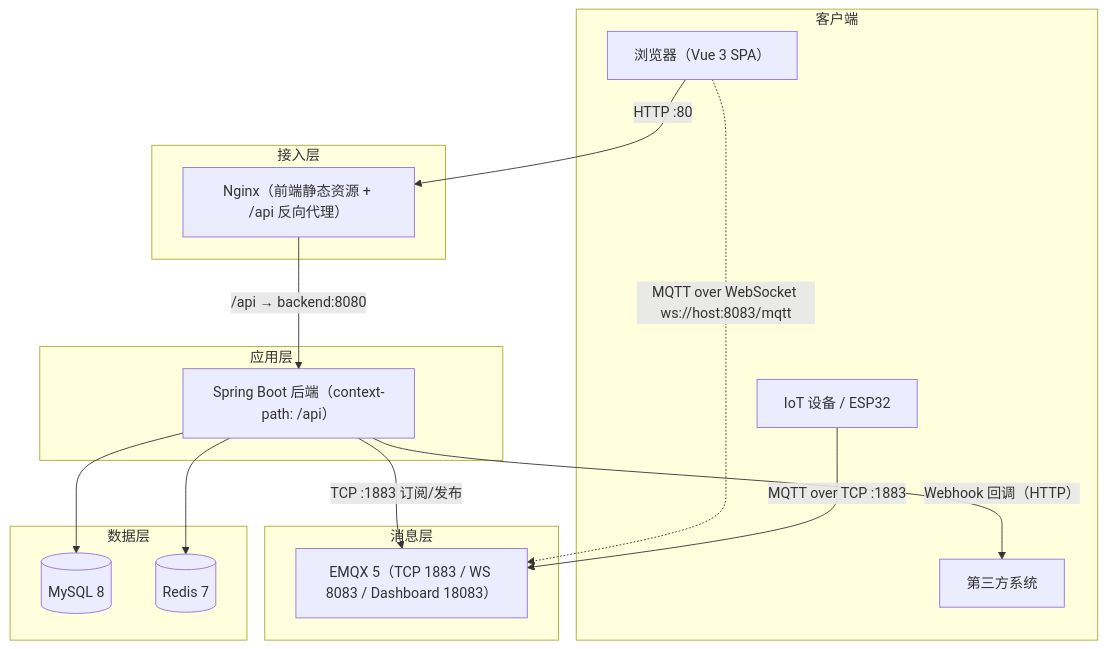
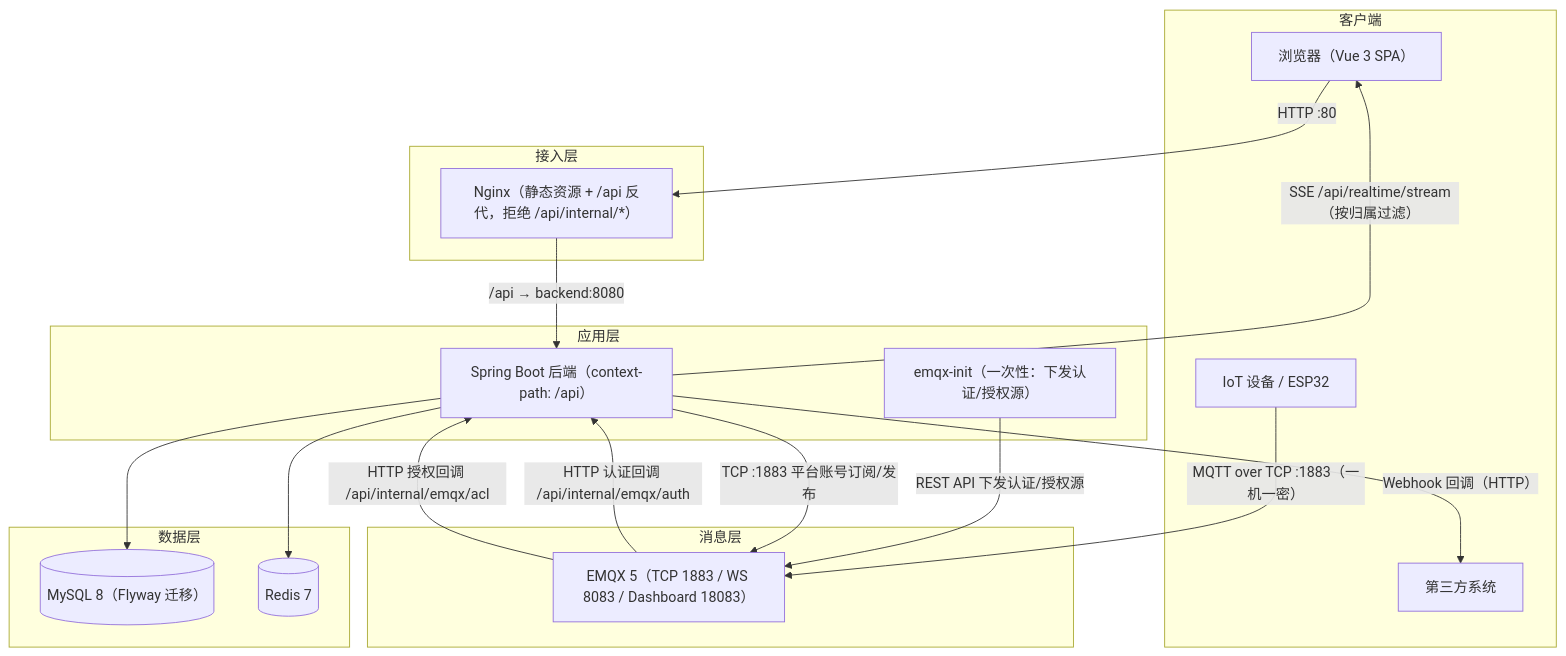
One commit to esdkaiyuan/mqtt changed the diagram in docs/ARCHITECTURE.md. Above: the diagram before and after it, drawn with Mermaid. The commit also changed other lines of this file and 4 other files, not shown here.

````diff
--- a/docs/ARCHITECTURE.md
+++ b/docs/ARCHITECTURE.md
@@ -23,35 +23,40 @@
 ```mermaid
 flowchart TB
     subgraph Client["客户端"]
         Browser["浏览器（Vue 3 SPA）"]
         Device["IoT 设备 / ESP32"]
         Third["第三方系统"]
     end
 
     subgraph Edge["接入层"]
-        Nginx["Nginx（前端静态资源 + /api 反向代理）"]
+        Nginx["Nginx（静态资源 + /api 反代，拒绝 /api/internal/*）"]
     end
 
     subgraph App["应用层"]
         Backend["Spring Boot 后端（context-path: /api）"]
+        Init["emqx-init（一次性：下发认证/授权源）"]
     end
 
     subgraph Broker["消息层"]
         EMQX["EMQX 5（TCP 1883 / WS 8083 / Dashboard 18083）"]
     end
 
     subgraph Data["数据层"]
-        MySQL[("MySQL 8")]
+        MySQL[("MySQL 8（Flyway 迁移）")]
         Redis[("Redis 7")]
     end
 
     Browser -->|"HTTP :80"| Nginx
     Nginx -->|"/api → backend:8080"| Backend
-    Browser -.->|"MQTT over WebSocket ws://host:8083/mqtt"| EMQX
-    Device -->|"MQTT over TCP :1883"| EMQX
+    Device -->|"MQTT over TCP :1883（一机一密）"| EMQX
 
-    Backend -->|"TCP :1883 订阅/发布"| EMQX
+    EMQX -->|"HTTP 认证回调 /api/internal/emqx/auth"| Backend
+    EMQX -->|"HTTP 授权回调 /api/internal/emqx/acl"| Backend
+    Init -->|"REST API 下发认证/授权源"| EMQX
+
+    Backend -->|"TCP :1883 平台账号订阅/发布"| EMQX
+    Backend -->|"SSE /api/realtime/stream（按归属过滤）"| Browser
     Backend --> MySQL
     Backend --> Redis
     Backend -->|"Webhook 回调（HTTP）"| Third
 ```
````
